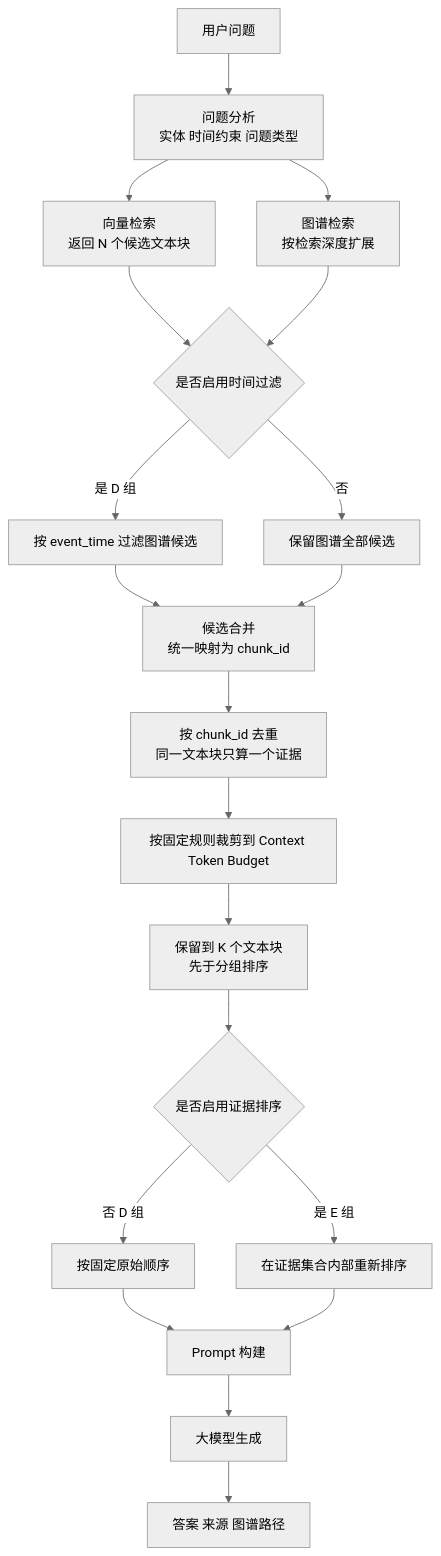
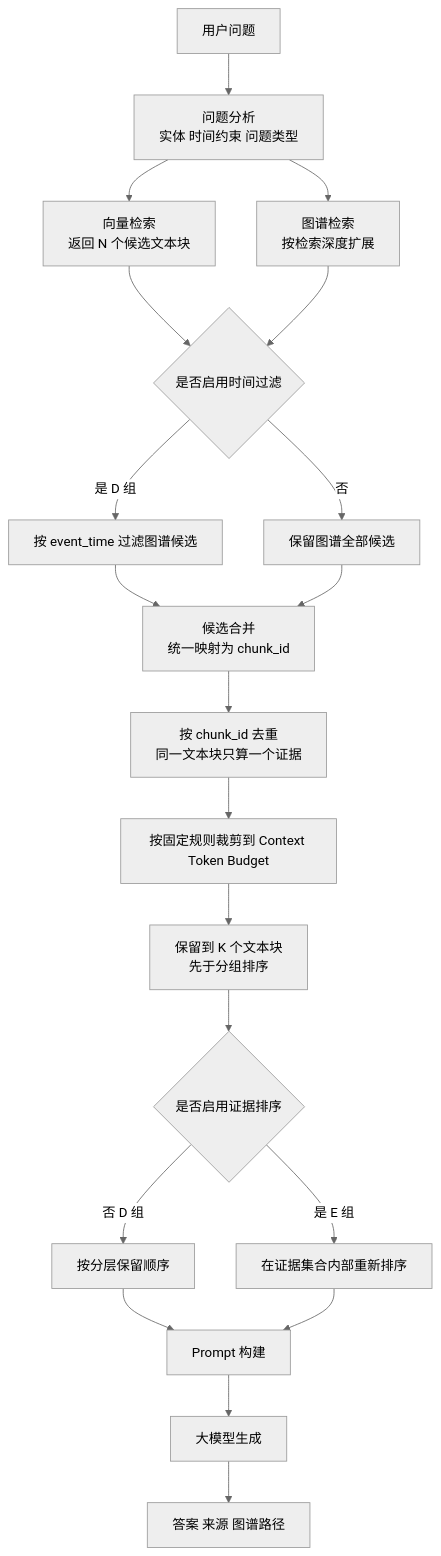
The first of 2 diagrams in 阶段04-系统总体设计/_分节源文件/4.6-RAG检索架构.md (jincanW1130/Design-Implementation-of-A-share-Financial-QA-System-Using-Event-Knowledge-Graph-and-RAG), drawn with Mermaid (neutral theme) before and after one commit. The commit also changed other lines of this file and 29 other files, not shown here.

````diff
--- a/阶段04-系统总体设计/_分节源文件/4.6-RAG检索架构.md
+++ b/阶段04-系统总体设计/_分节源文件/4.6-RAG检索架构.md
@@ -9,22 +9,22 @@
 ```mermaid
 flowchart TB
     Q["用户问题"] --> PA["问题分析<br/>实体 时间约束 问题类型"]
     PA --> VR["向量检索<br/>返回 N 个候选文本块"]
     PA --> GR["图谱检索<br/>按检索深度扩展"]
     VR --> TF{"是否启用时间过滤"}
     GR --> TF
     TF -->|是 D 组| TF1["按 event_time 过滤图谱候选"]
     TF -->|否| TF2["保留图谱全部候选"]
     TF1 --> MR["候选合并<br/>统一映射为 chunk_id"]
     TF2 --> MR
     MR --> DD["按 chunk_id 去重<br/>同一文本块只算一个证据"]
     DD --> CB["按固定规则裁剪到 Context Token Budget"]
     CB --> K["保留到 K 个文本块<br/>先于分组排序"]
     K --> G{"是否启用证据排序"}
-    G -->|否 D 组| D0["按固定原始顺序"]
+    G -->|否 D 组| D0["按分层保留顺序"]
     G -->|是 E 组| D2["在证据集合内部重新排序"]
     D0 --> PR["Prompt 构建"]
     D2 --> PR
     PR --> LM["大模型生成"]
     LM --> OUT["答案 来源 图谱路径"]
 ```
````
